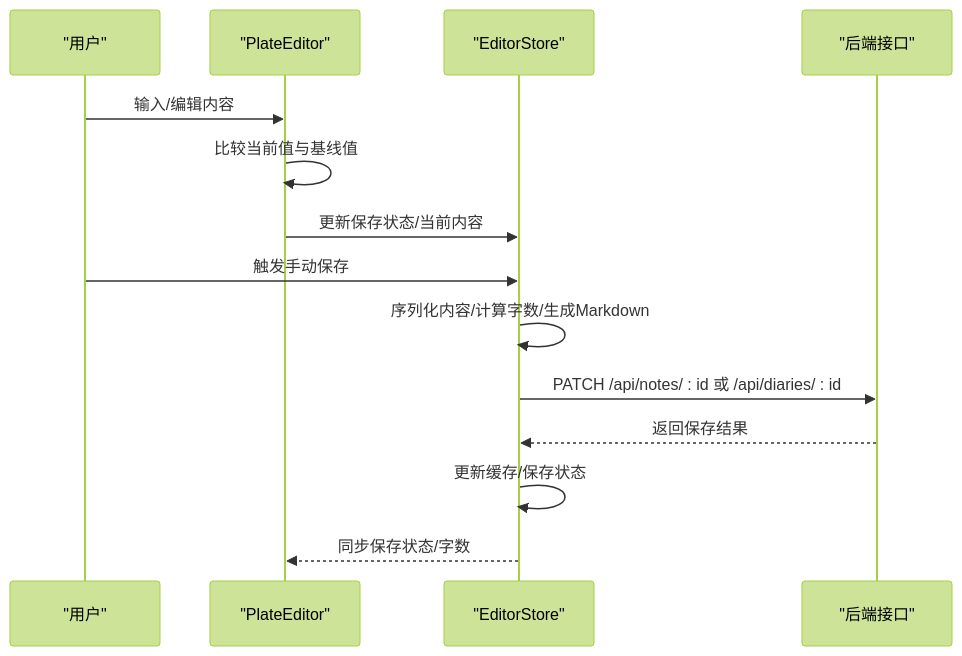
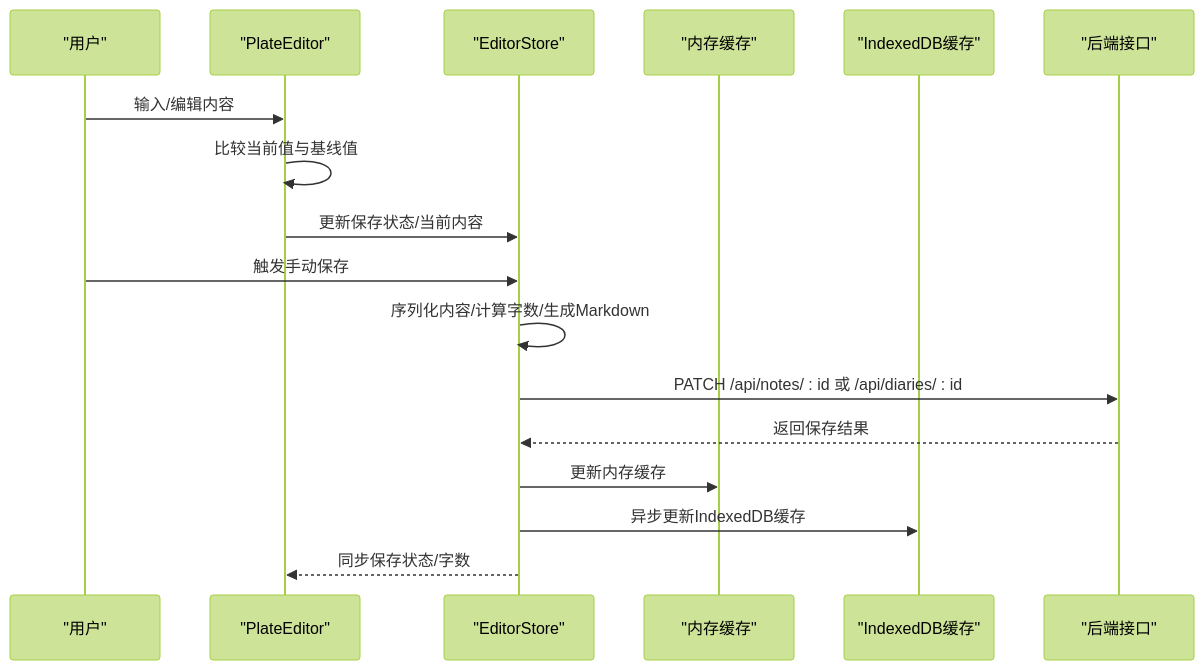
One commit to BlackBoxRecorder/uninote changed the second of 7 diagrams in .qoder/repowiki/zh/content/状态管理/编辑器状态.md. Above: the diagram before and after it, drawn with Mermaid (forest theme). The commit also changed other lines of this file and 9 other files, not shown here.

````diff
--- a/.qoder/repowiki/zh/content/状态管理/编辑器状态.md
+++ b/.qoder/repowiki/zh/content/状态管理/编辑器状态.md
@@ -120,16 +148,19 @@
 ```mermaid
 sequenceDiagram
 participant U as "用户"
 participant PE as "PlateEditor"
 participant ES as "EditorStore"
+participant MC as "内存缓存"
+participant IDB as "IndexedDB缓存"
 participant API as "后端接口"
 U->>PE : 输入/编辑内容
 PE->>PE : 比较当前值与基线值
 PE->>ES : 更新保存状态/当前内容
 U->>ES : 触发手动保存
 ES->>ES : 序列化内容/计算字数/生成Markdown
 ES->>API : PATCH /api/notes/ : id 或 /api/diaries/ : id
 API-->>ES : 返回保存结果
-ES->>ES : 更新缓存/保存状态
+ES->>MC : 更新内存缓存
+ES->>IDB : 异步更新IndexedDB缓存
 ES-->>PE : 同步保存状态/字数
 ```
````
